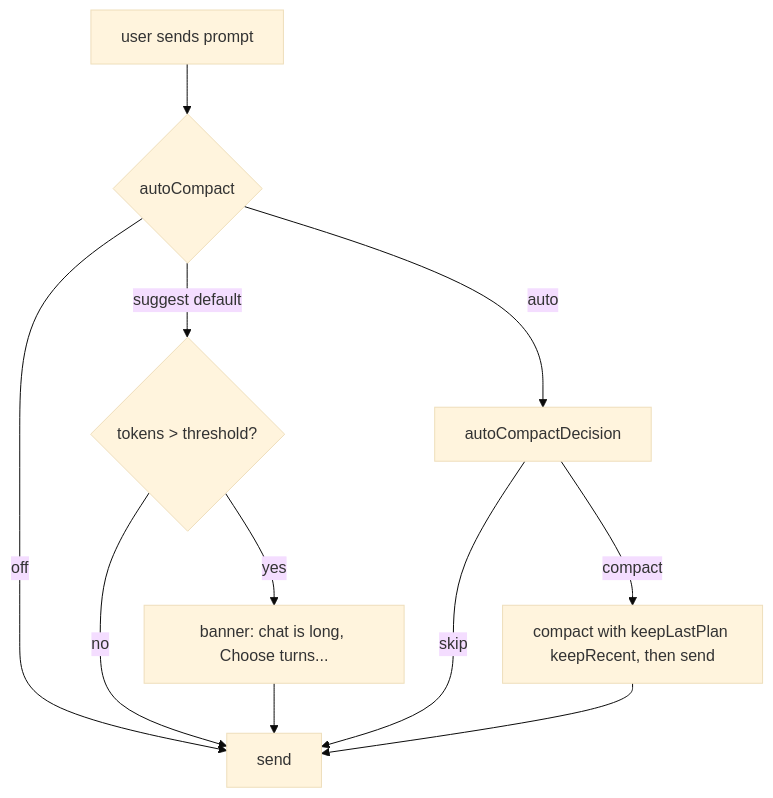
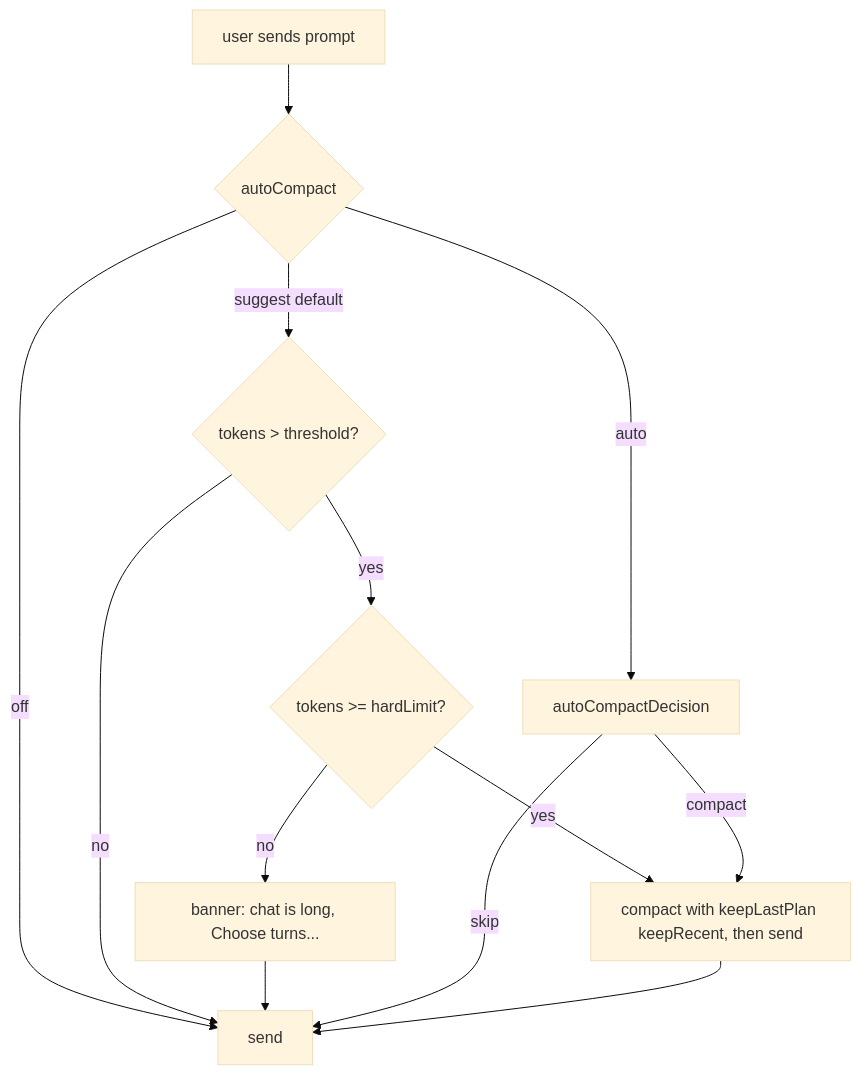
The third of 3 diagrams in doc/context-memory.md (careychou/supertm-desktop), drawn with Mermaid (base theme) before and after one commit. The commit also changed other lines of this file and 19 other files, not shown here.

Commit message:
Release SuperTM 1.4.10: read_file shows images as pictures, refuses binaries; prompt-too-long recovery; hard limit in Suggest mode

````diff
--- a/doc/context-memory.md
+++ b/doc/context-memory.md
@@ -460,13 +460,15 @@
 ```mermaid
 flowchart TD
   P[user sends prompt] --> A{autoCompact}
   A -- off --> S[send]
   A -- suggest default --> B{tokens > threshold?}
-  B -- yes --> BN[banner: chat is long, Choose turns...]
+  B -- yes --> H{tokens >= hardLimit?}
+  H -- yes --> K
+  H -- no --> BN[banner: chat is long, Choose turns...]
   B -- no --> S
   BN --> S
   A -- auto --> D[autoCompactDecision]
   D -- compact --> K[compact with keepLastPlan keepRecent, then send]
   D -- skip --> S
   K --> S
 ```
````
